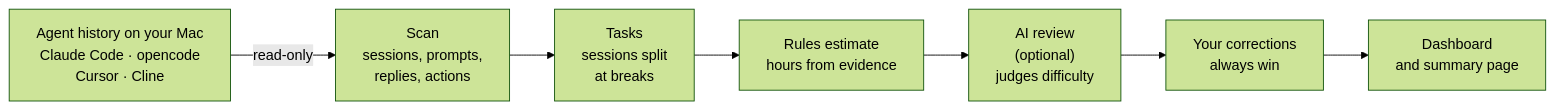
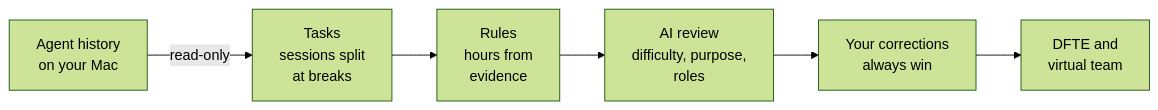
Before and after one commit to amrsingh29/digital-fte: the diagram in README.md, drawn with Mermaid (forest theme). The commit also changed other lines of this file and 11 other files, not shown here.

````diff
--- a/README.md
+++ b/README.md
@@ -59,9 +50,8 @@
 ```mermaid
 flowchart LR
-    A["Agent history on your Mac<br/>Claude Code · opencode<br/>Cursor · Cline"] -->|read-only| B["Scan<br/>sessions, prompts,<br/>replies, actions"]
-    B --> C["Tasks<br/>sessions split<br/>at breaks"]
-    C --> D["Rules estimate<br/>hours from evidence"]
-    D --> E["AI review<br/>(optional)<br/>judges difficulty"]
-    E --> F["Your corrections<br/>always win"]
-    F --> G["Dashboard<br/>and summary page"]
+    A["Agent history<br/>on your Mac"] -->|read-only| B["Tasks<br/>sessions split<br/>at breaks"]
+    B --> C["Rules<br/>hours from<br/>evidence"]
+    C --> D["AI review<br/>difficulty, purpose,<br/>roles"]
+    D --> E["Your corrections<br/>always win"]
+    E --> F["DFTE and<br/>virtual team"]
 ```
````
